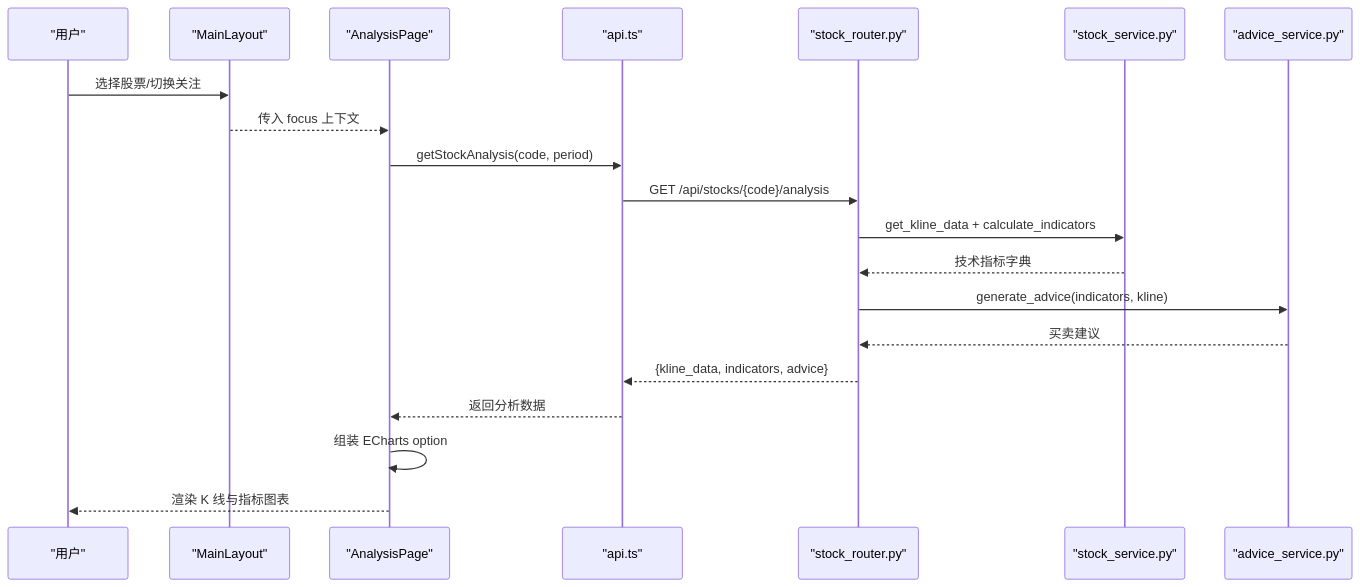
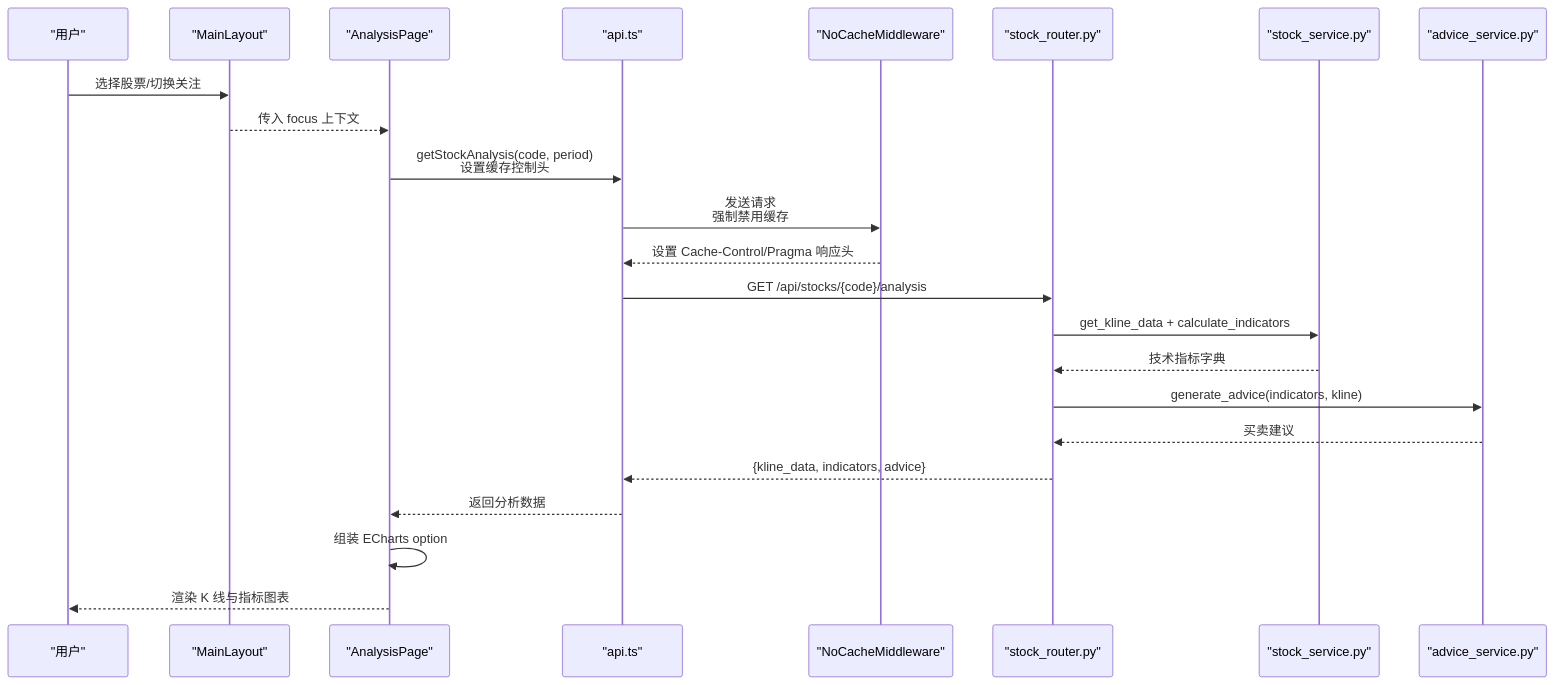
Before and after one commit to Moruime/stock_foker: the second of 7 diagrams in .qoder/repowiki/zh/content/核心功能/技术面分析系统/图表展示集成.md, drawn with Mermaid. The commit also changed other lines of this file and 15 other files, not shown here.

````diff
--- a/.qoder/repowiki/zh/content/核心功能/技术面分析系统/图表展示集成.md
+++ b/.qoder/repowiki/zh/content/核心功能/技术面分析系统/图表展示集成.md
@@ -108,22 +118,25 @@
 ```mermaid
 sequenceDiagram
 participant U as "用户"
 participant L as "MainLayout"
 participant P as "AnalysisPage"
 participant A as "api.ts"
+participant M as "NoCacheMiddleware"
 participant R as "stock_router.py"
 participant S as "stock_service.py"
 participant H as "advice_service.py"
 U->>L : 选择股票/切换关注
 L-->>P : 传入 focus 上下文
-P->>A : getStockAnalysis(code, period)
+P->>A : getStockAnalysis(code, period)<br/>设置缓存控制头
+A->>M : 发送请求<br/>强制禁用缓存
+M-->>A : 设置 Cache-Control/Pragma 响应头
 A->>R : GET /api/stocks/{code}/analysis
 R->>S : get_kline_data + calculate_indicators
 S-->>R : 技术指标字典
 R->>H : generate_advice(indicators, kline)
 H-->>R : 买卖建议
 R-->>A : {kline_data, indicators, advice}
 A-->>P : 返回分析数据
 P->>P : 组装 ECharts option
 P-->>U : 渲染 K 线与指标图表
 ```
````
